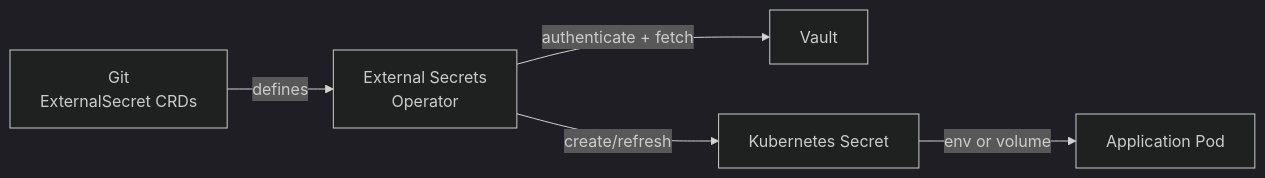
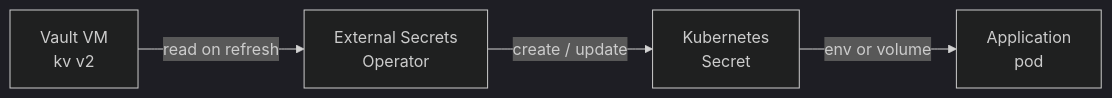
Before and after one commit to kbntx-org/nexus: the diagram in docs/src/platform/secrets/01-overview.md, drawn with Mermaid. The commit also changed other lines of this file and 15 other files, not shown here.

````diff
--- a/docs/src/platform/secrets/01-overview.md
+++ b/docs/src/platform/secrets/01-overview.md
@@ -12,8 +115,12 @@
 ```mermaid
 %%{init: {'theme':'dark'}}%%
-flowchart LR
-    Git[Git\nExternalSecret CRDs] -->|defines| ESO[External Secrets\nOperator]
-    ESO -->|authenticate + fetch| Vault
-    ESO -->|create/refresh| KSec[Kubernetes Secret]
-    KSec -->|env or volume| App[Application Pod]
+graph LR
+    Vault[Vault VM<br/>kv v2]
+    ESO[External Secrets<br/>Operator]
+    Secret[Kubernetes<br/>Secret]
+    App[Application<br/>pod]
+
+    Vault -->|read on refresh| ESO
+    ESO -->|create / update| Secret
+    Secret -->|env or volume| App
 ```
````
